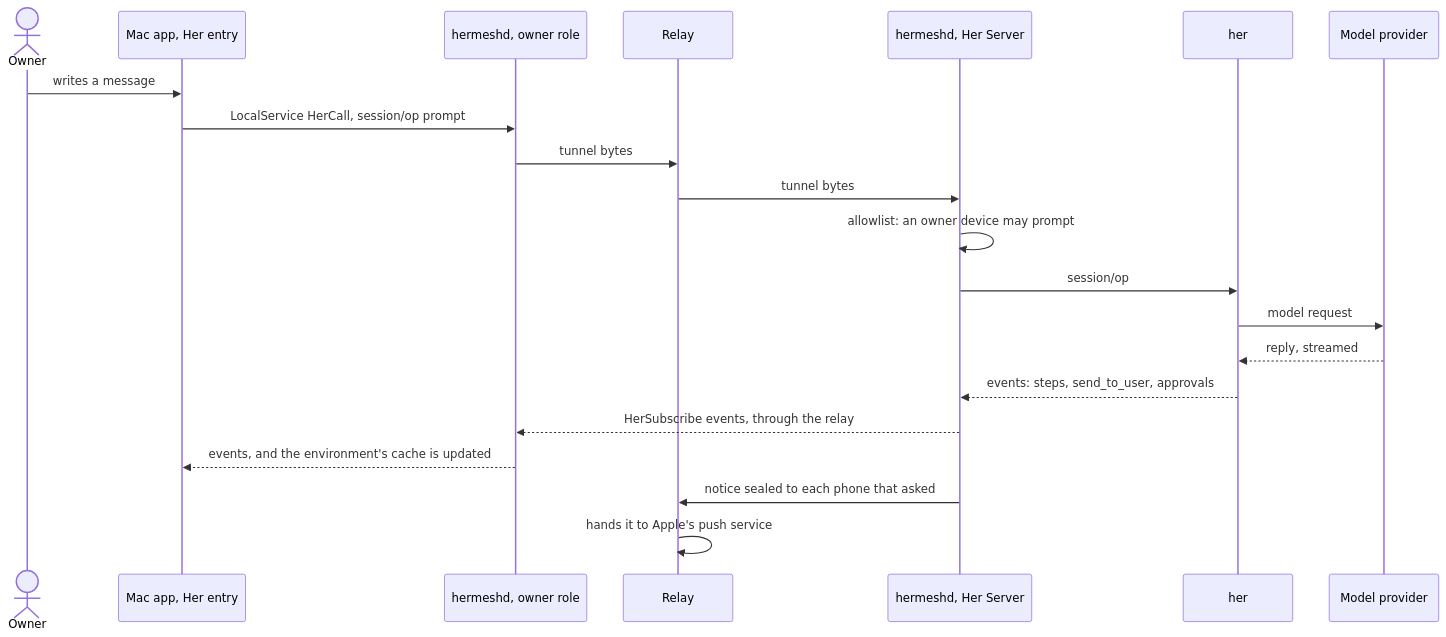
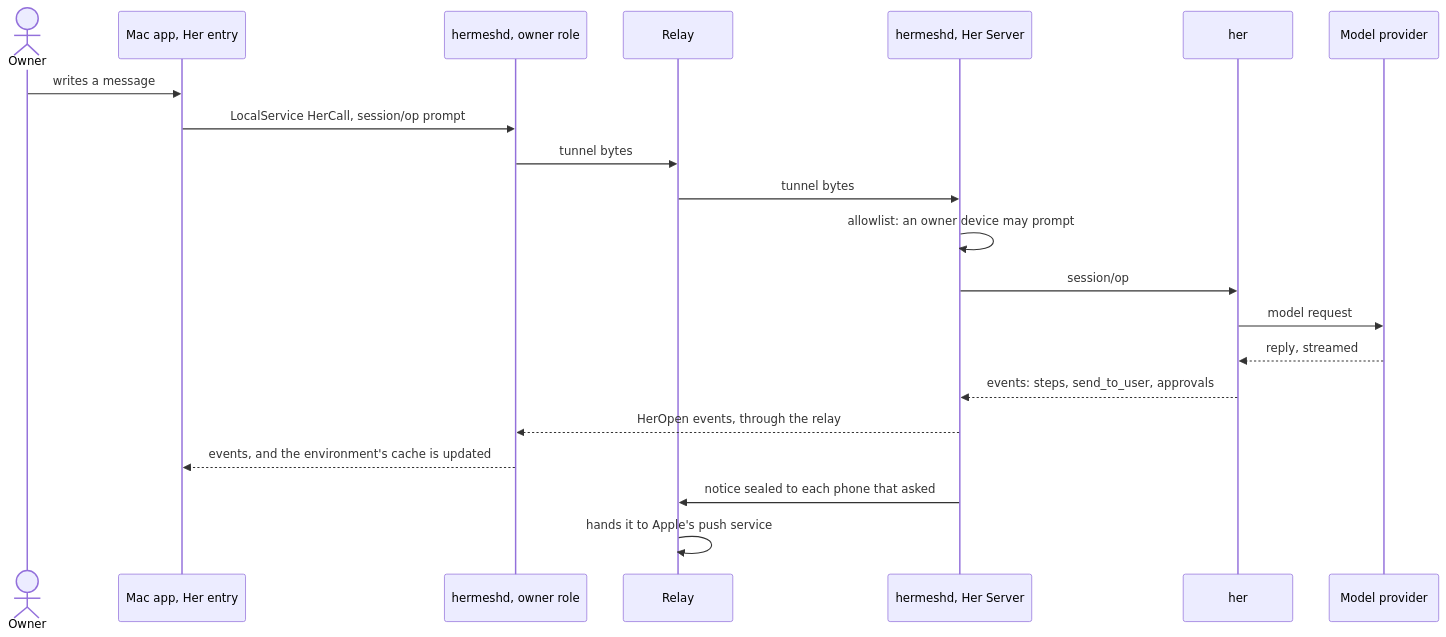
One commit to hermeshai/hermesh changed the fifth of 9 diagrams in docs/her-server.md. Above: the diagram before and after it, drawn with Mermaid. The commit also changed other lines of this file and 22 other files, not shown here.

````diff
--- a/docs/her-server.md
+++ b/docs/her-server.md
@@ -278,23 +279,23 @@
 ```mermaid
 sequenceDiagram
     actor U as Owner
     participant App as Mac app, Her entry
     participant O as hermeshd, owner role
     participant R as Relay
     participant M as hermeshd, Her Server
     participant H as her
     participant P as Model provider
     U->>App: writes a message
     App->>O: LocalService HerCall, session/op prompt
     O->>R: tunnel bytes
     R->>M: tunnel bytes
     M->>M: allowlist: an owner device may prompt
     M->>H: session/op
     H->>P: model request
     P-->>H: reply, streamed
     H-->>M: events: steps, send_to_user, approvals
-    M-->>O: HerSubscribe events, through the relay
+    M-->>O: HerOpen events, through the relay
     O-->>App: events, and the environment's cache is updated
     M->>R: notice sealed to each phone that asked
     R->>R: hands it to Apple's push service
 ```
````
